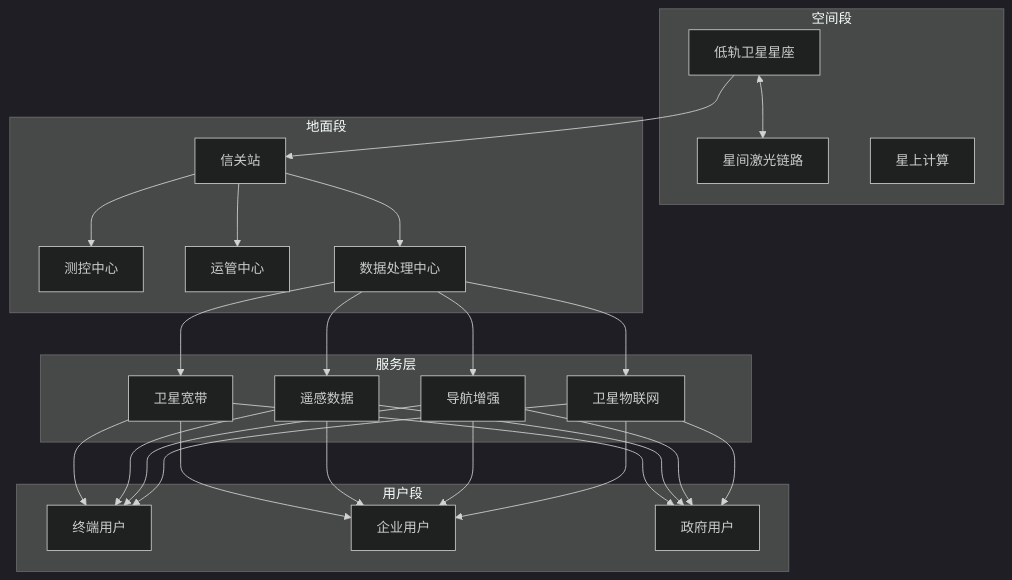
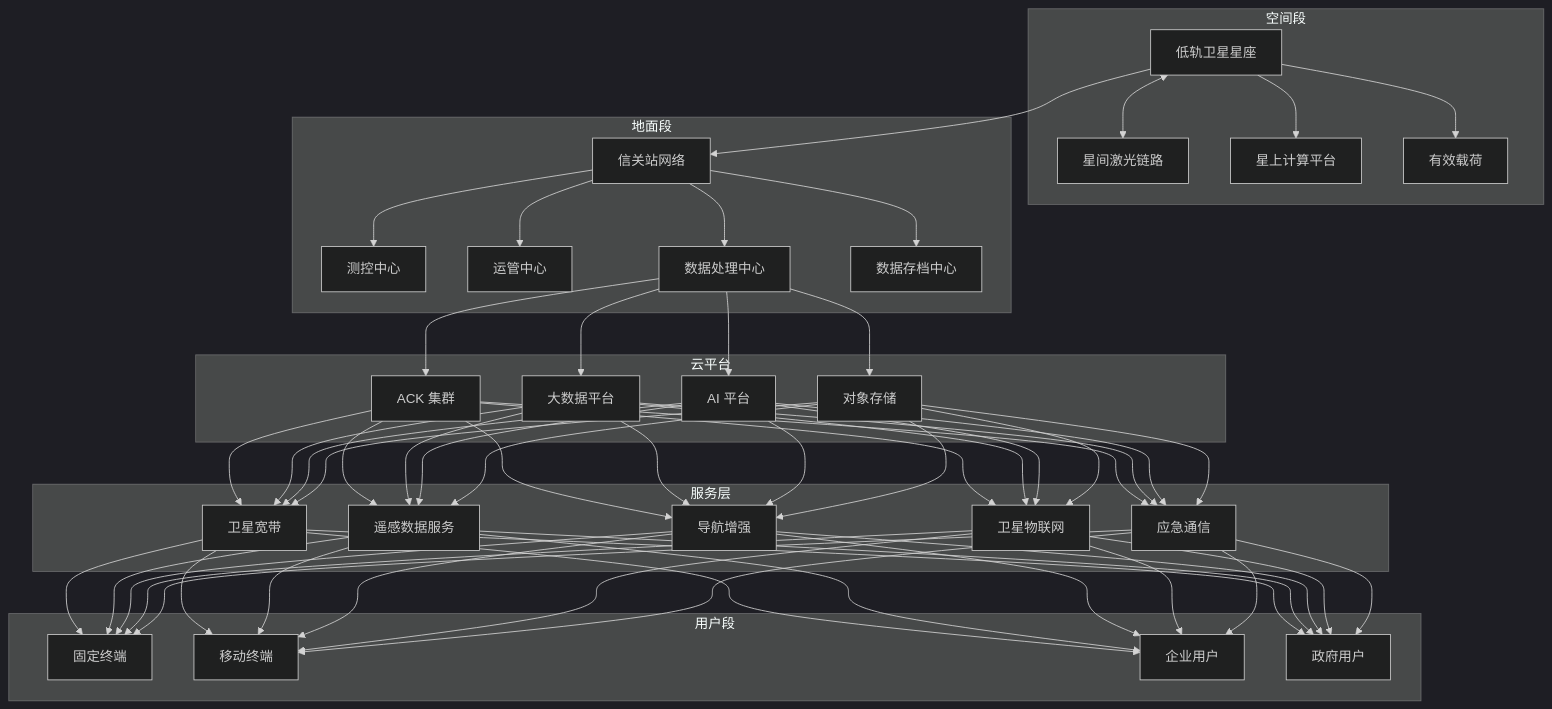
Before and after one commit to kudig-io/kudig-database: the first of 4 diagrams in topic-application-architecture/66-space-internet.md, drawn with Mermaid (dark theme). The commit also changed other lines of this file and 8633 other files, not shown here.

````diff
--- a/topic-application-architecture/66-space-internet.md
+++ b/topic-application-architecture/66-space-internet.md
@@ -49,34 +126,48 @@
 ```mermaid
 graph TB
     subgraph 空间段
         SAT1[低轨卫星星座]
         SAT2[星间激光链路]
-        SAT3[星上计算]
+        SAT3[星上计算平台]
+        SAT4[有效载荷]
     end
 
     subgraph 地面段
-        G1[信关站]
+        G1[信关站网络]
         G2[测控中心]
         G3[运管中心]
         G4[数据处理中心]
+        G5[数据存档中心]
     end
 
     subgraph 用户段
-        U1[终端用户]
-        U2[企业用户]
-        U3[政府用户]
+        U1[固定终端]
+        U2[移动终端]
+        U3[企业用户]
+        U4[政府用户]
     end
 
     subgraph 服务层
         S1[卫星宽带]
-        S2[遥感数据]
+        S2[遥感数据服务]
         S3[导航增强]
         S4[卫星物联网]
+        S5[应急通信]
+    end
+
+    subgraph 云平台
+        C1[ACK 集群]
+        C2[大数据平台]
+        C3[AI 平台]
+        C4[对象存储]
     end
 
     SAT1 <--> SAT2
+    SAT1 --> SAT3
+    SAT1 --> SAT4
     SAT1 --> G1
-    G1 --> G2 & G3 & G4
-    G4 --> S1 & S2 & S3 & S4
-    S1 & S2 & S3 & S4 --> U1 & U2 & U3
+    G1 --> G2 & G3 & G4 & G5
+    G4 --> C1 & C2 & C3 & C4
+    C1 & C2 & C3 & C4 --> S1 & S2 & S3 & S4 & S5
+    S1 & S2 & S3 & S4 & S5 --> U1 & U2 & U3 & U4
 ```
````
